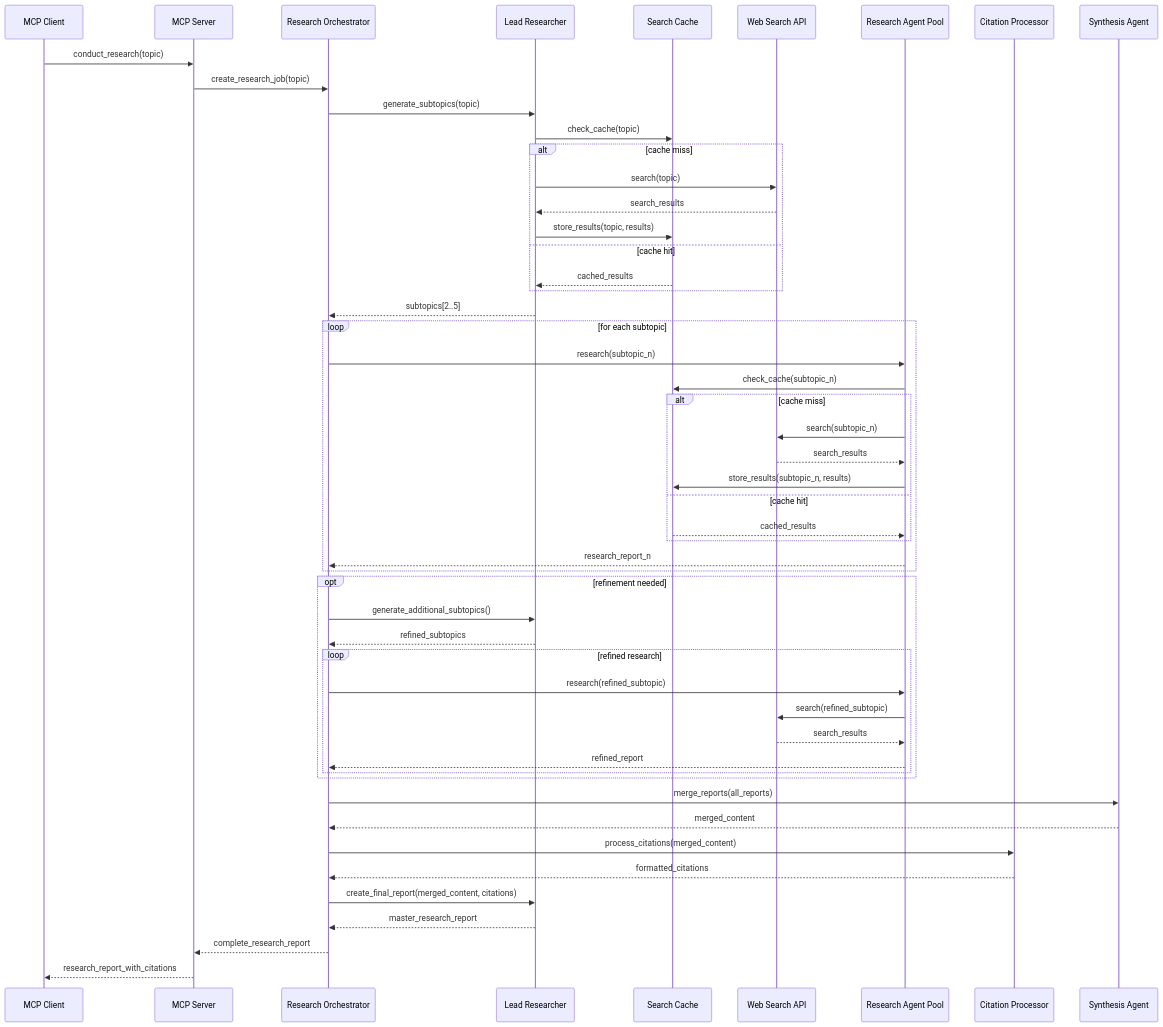
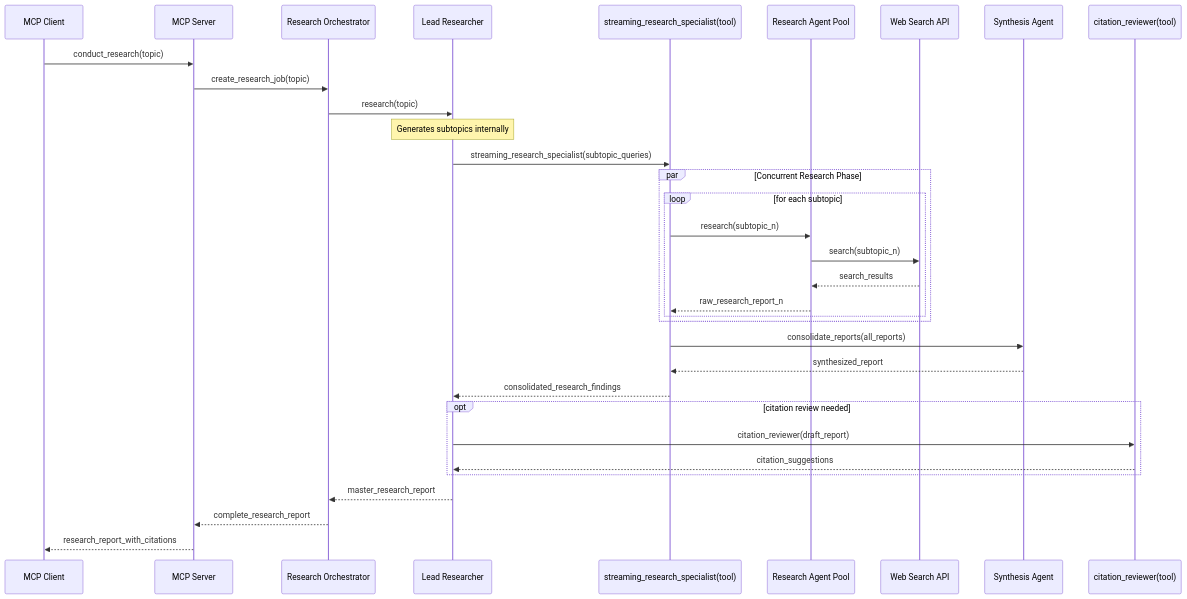
Before and after one commit to karashiiro/research-mcp: the diagram in README.md, drawn with Mermaid.

Commit message:
Simplify diagram again

````diff
--- a/README.md
+++ b/README.md
@@ -88,62 +88,44 @@
 ```mermaid
 sequenceDiagram
     participant Client as MCP Client
     participant Server as MCP Server
     participant Orchestrator as Research Orchestrator
     participant Lead as Lead Researcher
-    participant Cache as Search Cache
+    participant SpecialistTool as streaming_research_specialist(tool)
+    participant Pool as Research Agent Pool
     participant Web as Web Search API
-    participant Pool as Research Agent Pool
-    participant Citations as Citation Processor
     participant Synthesis as Synthesis Agent
+    participant ReviewerTool as citation_reviewer(tool)
 
     Client->>Server: conduct_research(topic)
     Server->>Orchestrator: create_research_job(topic)
     
-    Orchestrator->>Lead: generate_subtopics(topic)
-    Lead->>Cache: check_cache(topic)
-    alt cache miss
-        Lead->>Web: search(topic)
-        Web-->>Lead: search_results
-        Lead->>Cache: store_results(topic, results)
-    else cache hit
-        Cache-->>Lead: cached_results
-    end
-    Lead-->>Orchestrator: subtopics[2..5]
+    Orchestrator->>Lead: research(topic)
+    Note over Lead: Generates subtopics internally
     
-    loop for each subtopic
-        Orchestrator->>Pool: research(subtopic_n)
-        Pool->>Cache: check_cache(subtopic_n)
-        alt cache miss
+    Lead->>SpecialistTool: streaming_research_specialist(subtopic_queries)
+    
+    par Concurrent Research Phase
+        loop for each subtopic
+            SpecialistTool->>Pool: research(subtopic_n)
             Pool->>Web: search(subtopic_n)
             Web-->>Pool: search_results
-            Pool->>Cache: store_results(subtopic_n, results)
-        else cache hit
-            Cache-->>Pool: cached_results
-        end
-        Pool-->>Orchestrator: research_report_n
-    end
-    
-    opt refinement needed
-        Orchestrator->>Lead: generate_additional_subtopics()
-        Lead-->>Orchestrator: refined_subtopics
-        loop refined research
-            Orchestrator->>Pool: research(refined_subtopic)
-            Pool->>Web: search(refined_subtopic)
-            Web-->>Pool: search_results
-            Pool-->>Orchestrator: refined_report
+            Pool-->>SpecialistTool: raw_research_report_n
         end
     end
     
-    Orchestrator->>Synthesis: merge_reports(all_reports)
-    Synthesis-->>Orchestrator: merged_content
+    SpecialistTool->>Synthesis: consolidate_reports(all_reports)
+    Synthesis-->>SpecialistTool: synthesized_report
     
-    Orchestrator->>Citations: process_citations(merged_content)
-    Citations-->>Orchestrator: formatted_citations
+    SpecialistTool-->>Lead: consolidated_research_findings
     
-    Orchestrator->>Lead: create_final_report(merged_content, citations)
+    opt citation review needed
+        Lead->>ReviewerTool: citation_reviewer(draft_report)
+        ReviewerTool-->>Lead: citation_suggestions
+    end
+    
     Lead-->>Orchestrator: master_research_report
     
     Orchestrator-->>Server: complete_research_report
     Server-->>Client: research_report_with_citations
 ```
````
